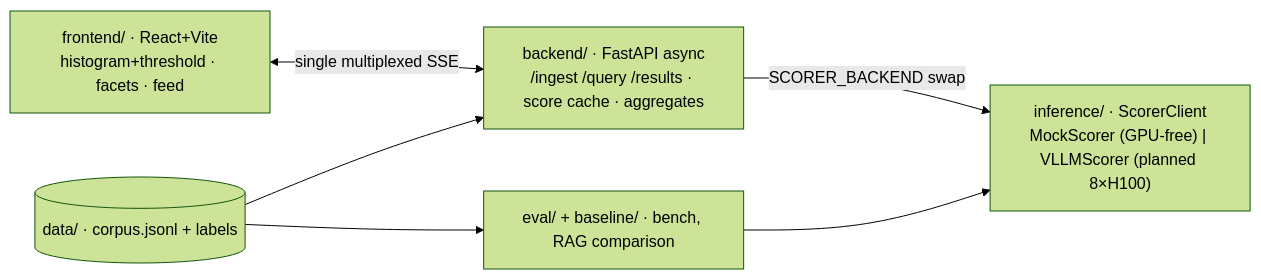
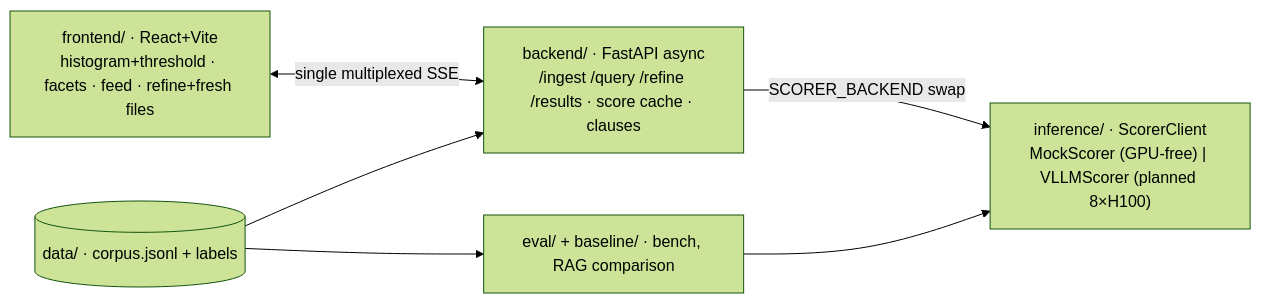
The diagram in README.md (skrigel/inference-compute-hack), drawn with Mermaid (forest theme) before and after one commit. The commit also changed other lines of this file and 21 other files, not shown here.

Commit message:
p02: add refine loop and fresh ingest

````diff
--- a/README.md
+++ b/README.md
@@ -56,13 +56,13 @@
 ```mermaid
 flowchart LR
-  UI["frontend/ · React+Vite<br/>histogram+threshold · facets · feed"]
-  API["backend/ · FastAPI async<br/>/ingest /query /results · score cache · aggregates"]
+  UI["frontend/ · React+Vite<br/>histogram+threshold · facets · feed · refine+fresh files"]
+  API["backend/ · FastAPI async<br/>/ingest /query /refine /results · score cache · clauses"]
   SC["inference/ · ScorerClient<br/>MockScorer (GPU-free) | VLLMScorer (planned 8×H100)"]
   D[("data/ · corpus.jsonl + labels")]
   E["eval/ + baseline/ · bench, RAG comparison"]
   UI <-->|single multiplexed SSE| API
   API -->|SCORER_BACKEND swap| SC
   D --> API
   D --> E
   E --> SC
 ```
````
